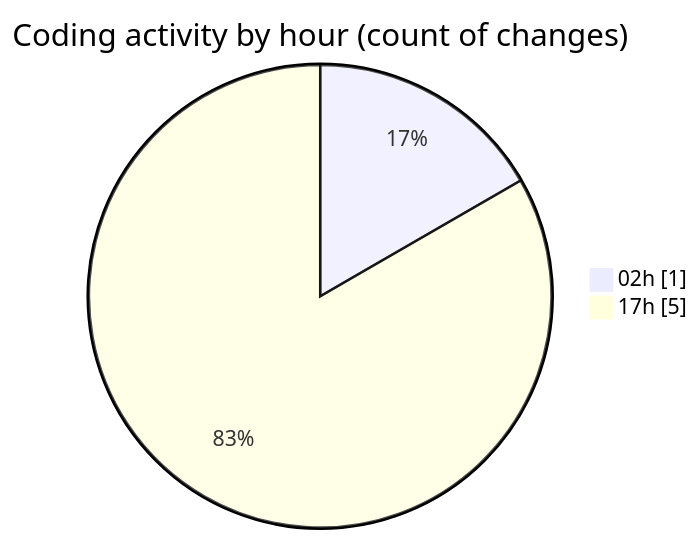
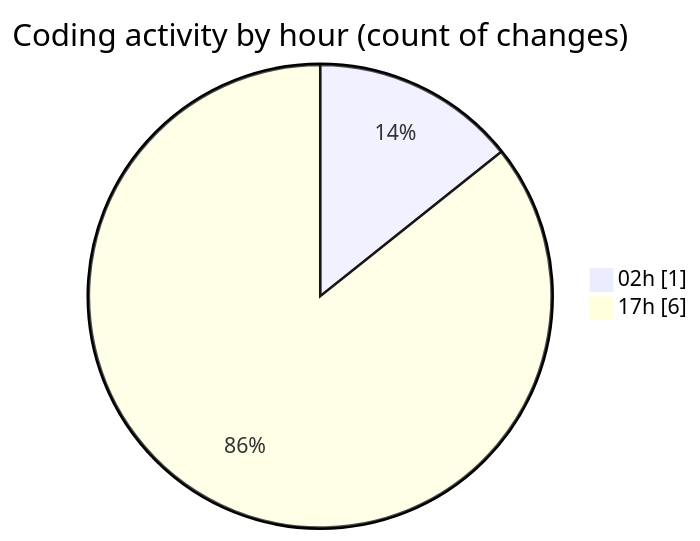
The second of 2 diagrams in 2025-07-28/_claude/README.md (EIIisD/code-tracking), drawn with Mermaid before and after one commit. The commit also changed other lines of this file and 1 other file, not shown here.

````diff
--- a/2025-07-28/_claude/README.md
+++ b/2025-07-28/_claude/README.md
@@ -28,6 +28,6 @@
 ```mermaid
 pie showData
 title Coding activity by hour (count of changes)
 "02h" : 1
-"17h" : 5
+"17h" : 6
 ```
````
